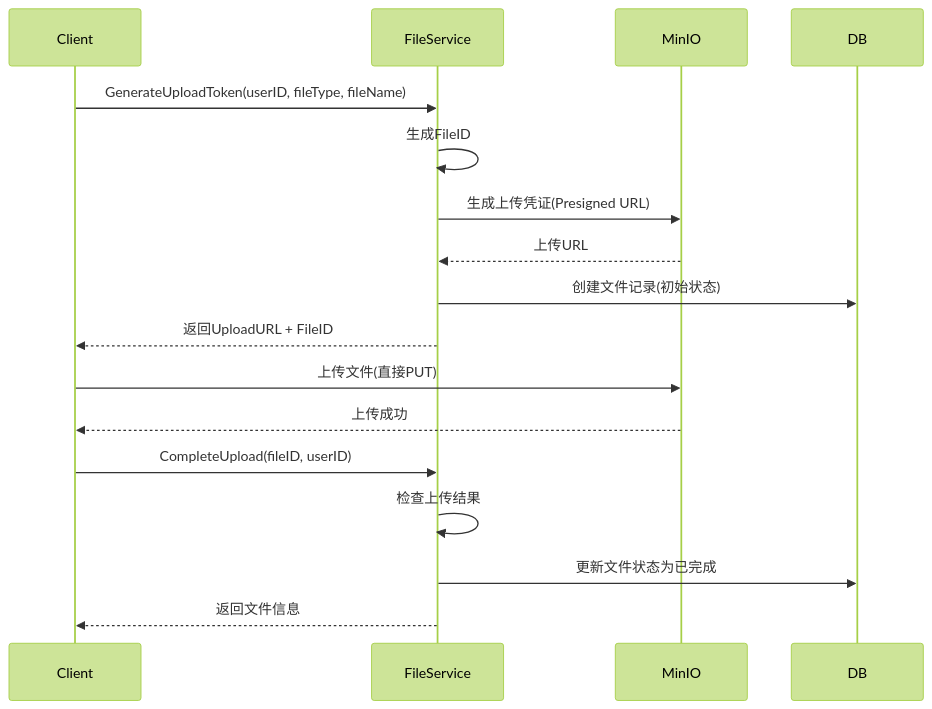
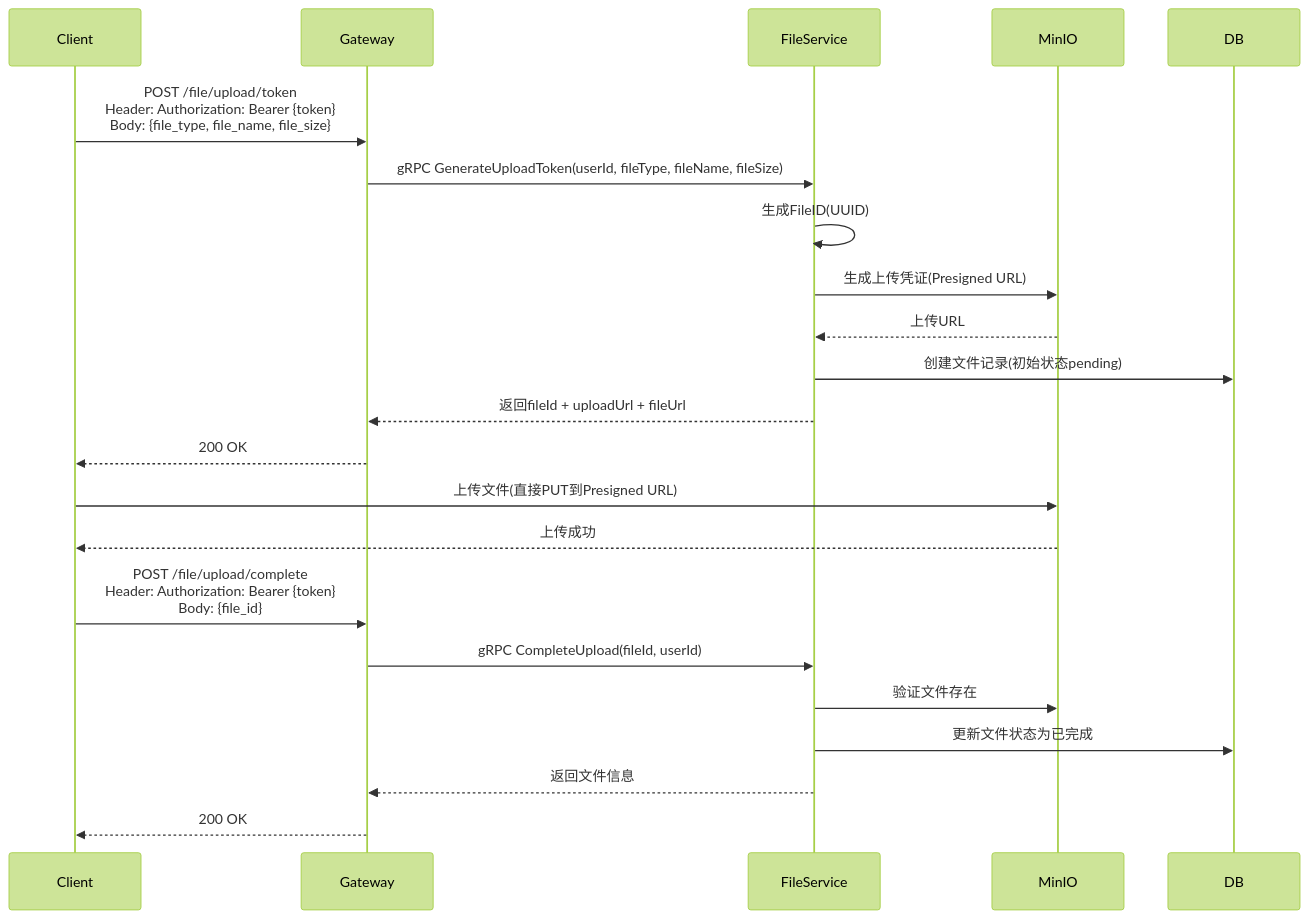
Before and after one commit to yzhgit/anychat-server: the first of 3 diagrams in docs/design/file/upload.md, drawn with Mermaid (forest theme). The commit also changed other lines of this file and 30 other files, not shown here.

First line of the commit message:
docs: 更新设计文档时序图，添加Gateway和NATS参与者

````diff
--- a/docs/design/file/upload.md
+++ b/docs/design/file/upload.md
@@ -20,22 +20,27 @@
 ```mermaid
 sequenceDiagram
     participant Client
+    participant Gateway
     participant FileService
     participant MinIO
     participant DB
 
-    Client->>FileService: GenerateUploadToken(userID, fileType, fileName)
-    FileService->>FileService: 生成FileID
+    Client->>Gateway: POST /file/upload/token<br/>Header: Authorization: Bearer {token}<br/>Body: {file_type, file_name, file_size}
+    Gateway->>FileService: gRPC GenerateUploadToken(userId, fileType, fileName, fileSize)
+    FileService->>FileService: 生成FileID(UUID)
     FileService->>MinIO: 生成上传凭证(Presigned URL)
     MinIO-->>FileService: 上传URL
-    FileService->>DB: 创建文件记录(初始状态)
-    FileService-->>Client: 返回UploadURL + FileID
+    FileService->>DB: 创建文件记录(初始状态pending)
+    FileService-->>Gateway: 返回fileId + uploadUrl + fileUrl
+    Gateway-->>Client: 200 OK
 
-    Client->>MinIO: 上传文件(直接PUT)
+    Client->>MinIO: 上传文件(直接PUT到Presigned URL)
     MinIO-->>Client: 上传成功
 
-    Client->>FileService: CompleteUpload(fileID, userID)
-    FileService->>FileService: 检查上传结果
+    Client->>Gateway: POST /file/upload/complete<br/>Header: Authorization: Bearer {token}<br/>Body: {file_id}
+    Gateway->>FileService: gRPC CompleteUpload(fileId, userId)
+    FileService->>MinIO: 验证文件存在
     FileService->>DB: 更新文件状态为已完成
-    FileService-->>Client: 返回文件信息
+    FileService-->>Gateway: 返回文件信息
+    Gateway-->>Client: 200 OK
 ```
````
